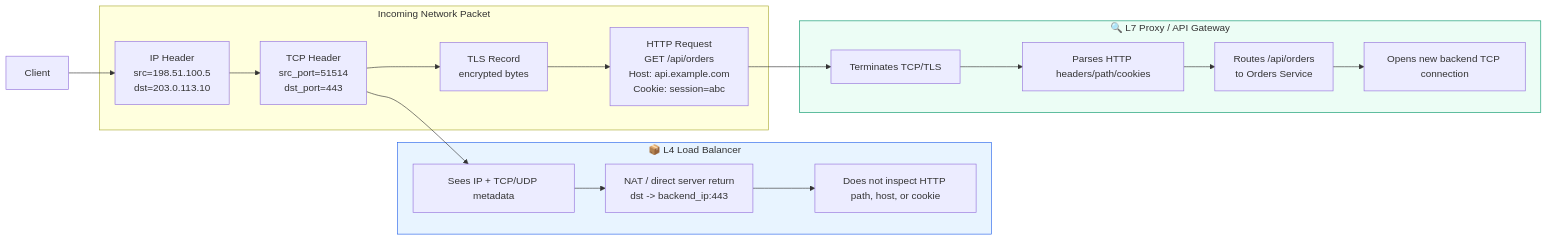
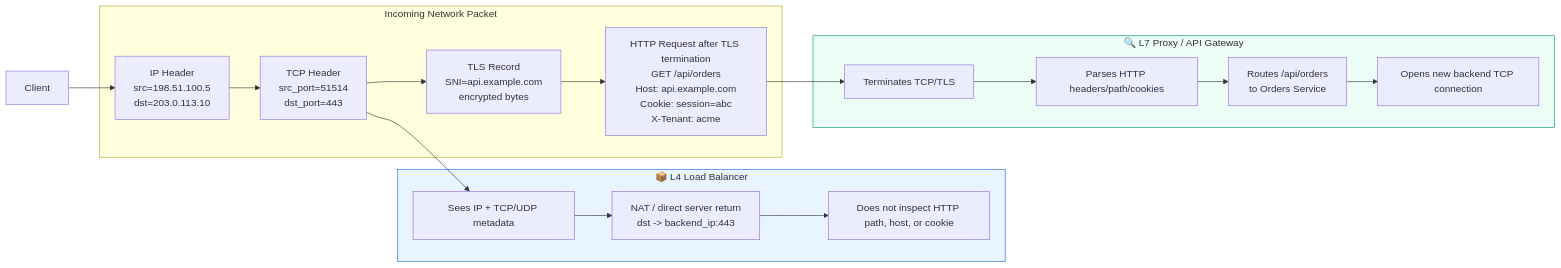
The second of 9 diagrams in modules/01-traffic-routing.md (MachariaP/system-design-academy), drawn with Mermaid before and after one commit. The commit also changed other lines of this file, not shown here.

````diff
--- a/modules/01-traffic-routing.md
+++ b/modules/01-traffic-routing.md
@@ -92,31 +107,31 @@
 ```mermaid
 flowchart LR
     Client["Client"]
 
     subgraph Packet["Incoming Network Packet"]
         IP["IP Header<br/>src=198.51.100.5<br/>dst=203.0.113.10"]
         TCP["TCP Header<br/>src_port=51514<br/>dst_port=443"]
-        TLS["TLS Record<br/>encrypted bytes"]
-        HTTP["HTTP Request<br/>GET /api/orders<br/>Host: api.example.com<br/>Cookie: session=abc"]
+        TLS["TLS Record<br/>SNI=api.example.com<br/>encrypted bytes"]
+        HTTP["HTTP Request after TLS termination<br/>GET /api/orders<br/>Host: api.example.com<br/>Cookie: session=abc<br/>X-Tenant: acme"]
     end
 
     subgraph L4["📦 L4 Load Balancer"]
         L4See["Sees IP + TCP/UDP metadata"]
         NAT["NAT / direct server return<br/>dst -> backend_ip:443"]
         L4Blind["Does not inspect HTTP path, host, or cookie"]
     end
 
     subgraph L7["🔍 L7 Proxy / API Gateway"]
         Terminate["Terminates TCP/TLS"]
         Parse["Parses HTTP headers/path/cookies"]
         Route["Routes /api/orders<br/>to Orders Service"]
         NewConn["Opens new backend TCP connection"]
     end
 
     Client --> IP --> TCP --> TLS --> HTTP
     TCP --> L4See --> NAT --> L4Blind
     HTTP --> Terminate --> Parse --> Route --> NewConn
 
     style L4 fill:#e8f4ff,stroke:#2563eb
     style L7 fill:#ecfdf5,stroke:#059669
 ```
````
